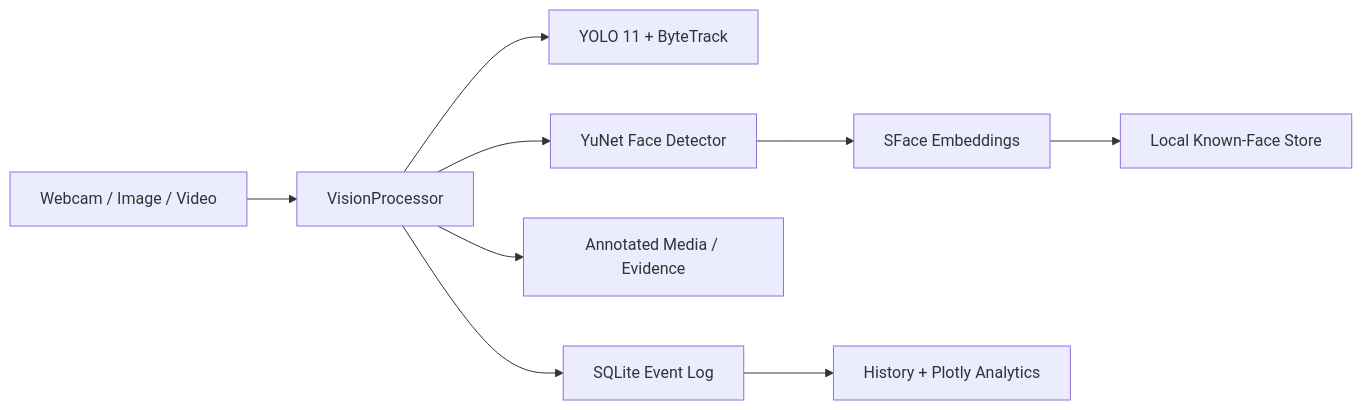
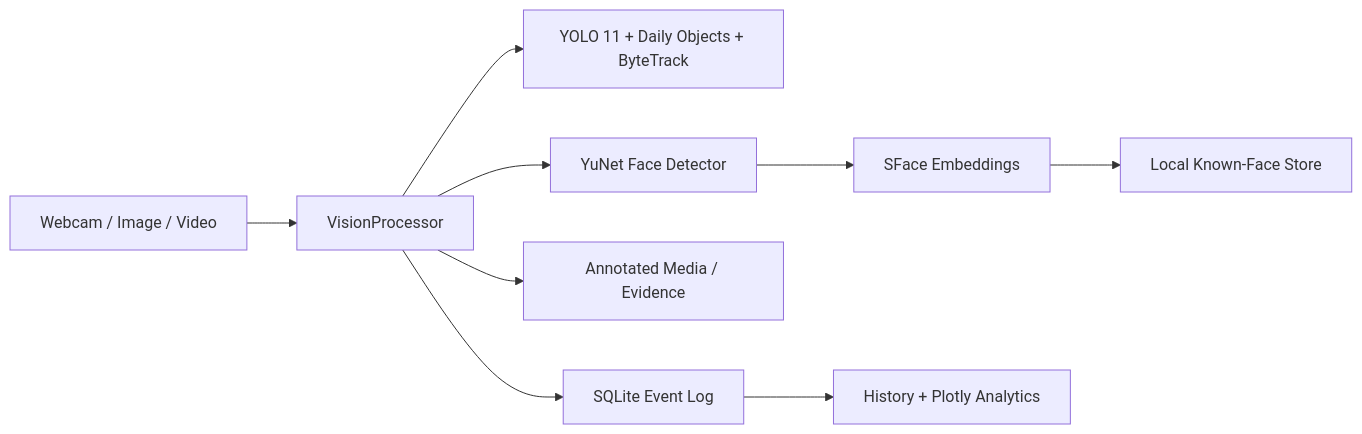
The diagram in README.md (ateebfatmi/object-and-face-detection), drawn with Mermaid before and after one commit. The commit also changed other lines of this file and 11 other files, not shown here.

````diff
--- a/README.md
+++ b/README.md
@@ -28,11 +29,11 @@
 ```mermaid
 flowchart LR
     A["Webcam / Image / Video"] --> P["VisionProcessor"]
-    P --> Y["YOLO 11 + ByteTrack"]
+    P --> Y["YOLO 11 + Daily Objects + ByteTrack"]
     P --> F["YuNet Face Detector"]
     F --> R["SFace Embeddings"]
     R --> K["Local Known-Face Store"]
     P --> E["Annotated Media / Evidence"]
     P --> D["SQLite Event Log"]
     D --> S["History + Plotly Analytics"]
 ```
````
